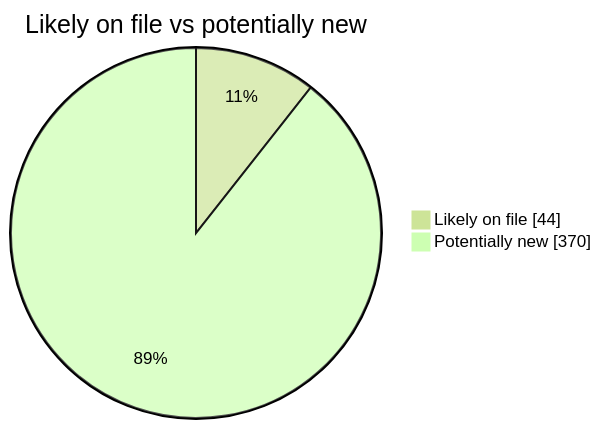
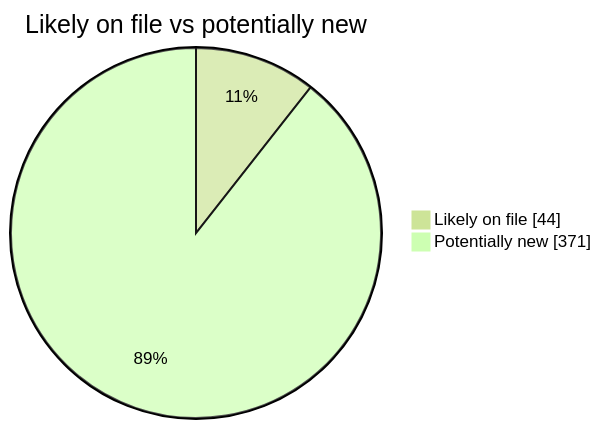
The second of 4 diagrams in README.md (martinbalfanz/social-scanner-reports), drawn with Mermaid (forest theme) before and after one commit. The commit also changed other lines of this file and 4 other files, not shown here.

````diff
--- a/README.md
+++ b/README.md
@@ -40,5 +40,5 @@
 ```mermaid
 pie showData title Likely on file vs potentially new
     "Likely on file" : 44
-    "Potentially new" : 370
+    "Potentially new" : 371
 ```
````
